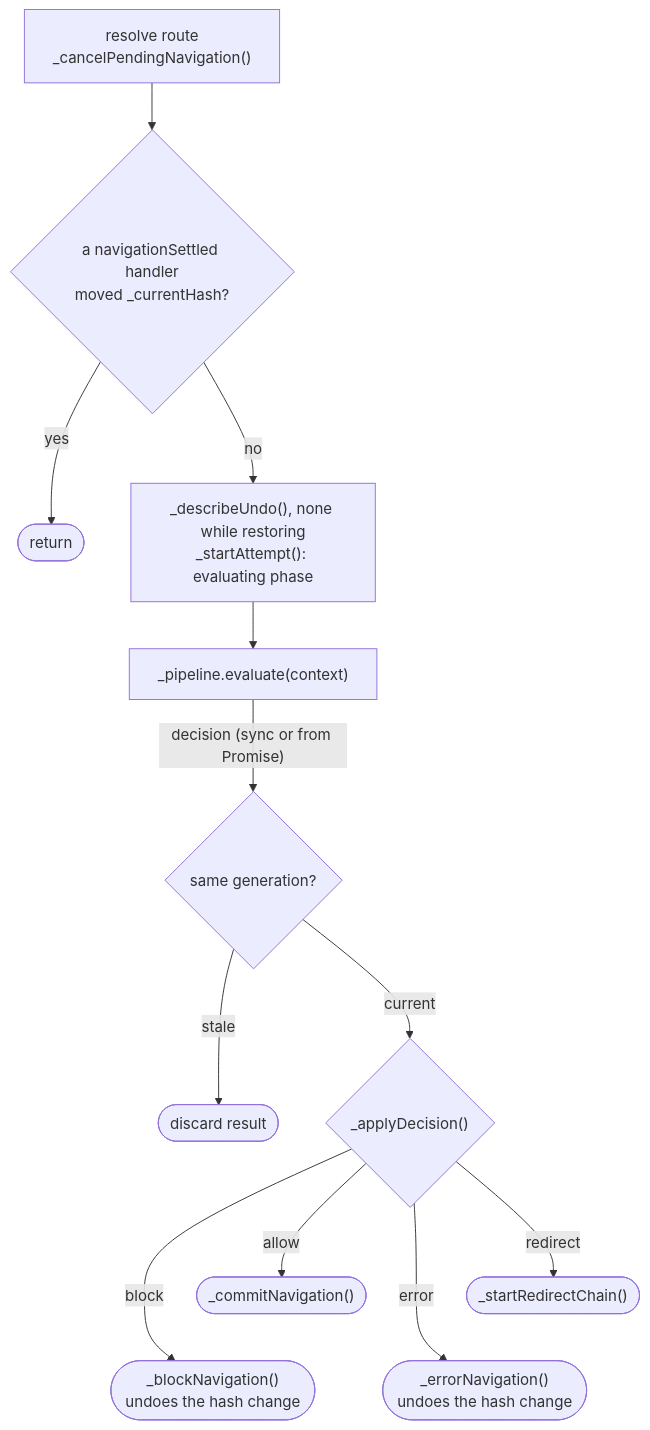
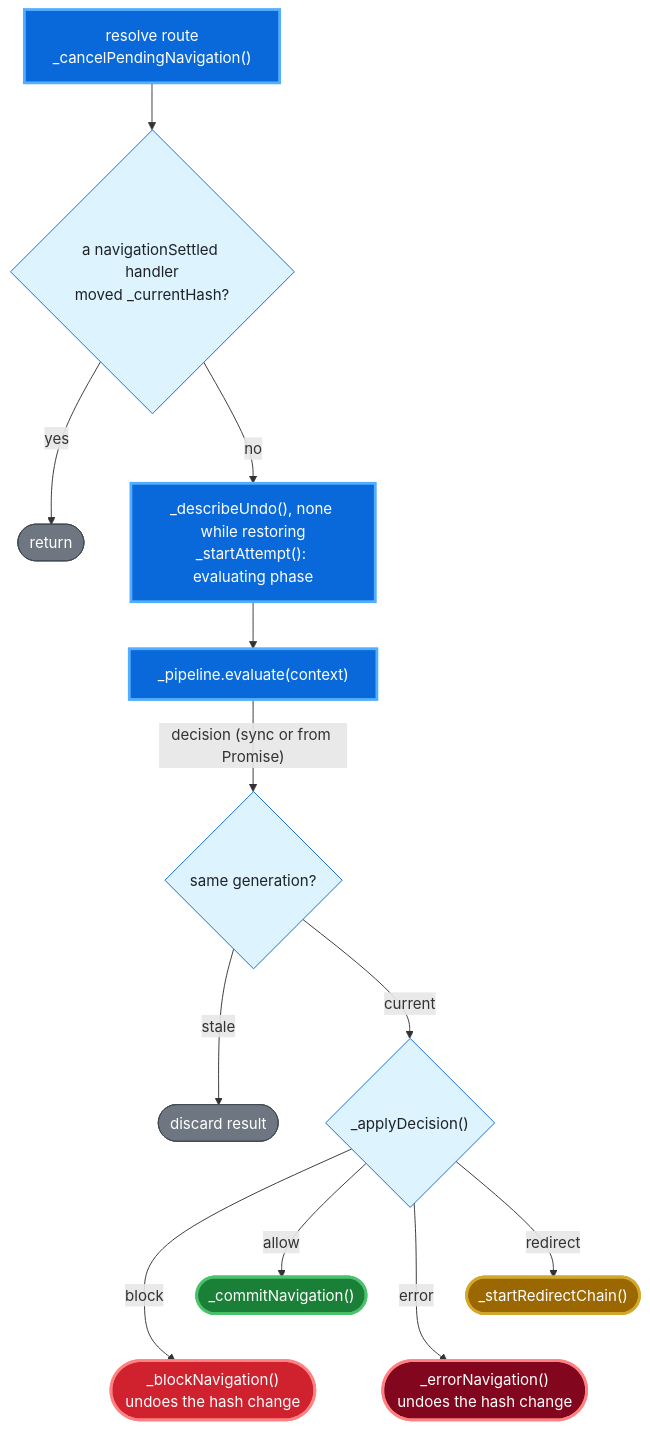
The second of 12 diagrams in docs/reference/architecture.md (wridgeu/ui5-lib-guard-router), drawn with Mermaid before and after one commit. The commit also changed other lines of this file and 4 other files, not shown here.

First line of the commit message:
docs: give every diagram the one palette and a legend

````diff
--- a/docs/reference/architecture.md
+++ b/docs/reference/architecture.md
@@ -219,16 +221,31 @@
 ```mermaid
 flowchart TD
     cancelprev["resolve route<br/>_cancelPendingNavigation()"] --> handlermoved{"a navigationSettled handler<br/>moved _currentHash?"}
     handlermoved -- "yes" --> ret(["return"])
     handlermoved -- "no" --> setup["_describeUndo(), none while restoring<br/>_startAttempt(): evaluating phase"]
     setup --> evaluate["_pipeline.evaluate(context)"]
     evaluate -- "decision (sync or from Promise)" --> stale{"same generation?"}
     stale -- "stale" --> discard(["discard result"])
     stale -- "current" --> apply{"_applyDecision()"}
     apply -- "allow" --> commit(["_commitNavigation()"])
     apply -- "redirect" --> redirect(["_startRedirectChain()"])
     apply -- "block" --> block(["_blockNavigation()<br/>undoes the hash change"])
     apply -- "error" --> errornav(["_errorNavigation()<br/>undoes the hash change"])
     commit ~~~ block
     redirect ~~~ errornav
+
+    classDef native fill:#6e7781,stroke:#424a53,color:#ffffff
+    classDef added fill:#0969da,stroke:#54aeff,stroke-width:3px,color:#ffffff
+    classDef decision fill:#ddf4ff,stroke:#0969da,color:#1f2328
+    classDef commit fill:#1a7f37,stroke:#4ac26b,stroke-width:3px,color:#ffffff
+    classDef redirect fill:#9a6700,stroke:#d4a72c,stroke-width:3px,color:#ffffff
+    classDef block fill:#cf222e,stroke:#ff8182,stroke-width:3px,color:#ffffff
+    classDef error fill:#82071e,stroke:#ff8182,stroke-width:3px,color:#ffffff
+    class ret,discard native
+    class cancelprev,setup,evaluate added
+    class handlermoved,stale,apply decision
+    class commit commit
+    class redirect redirect
+    class block block
+    class errornav error
 ```
````
